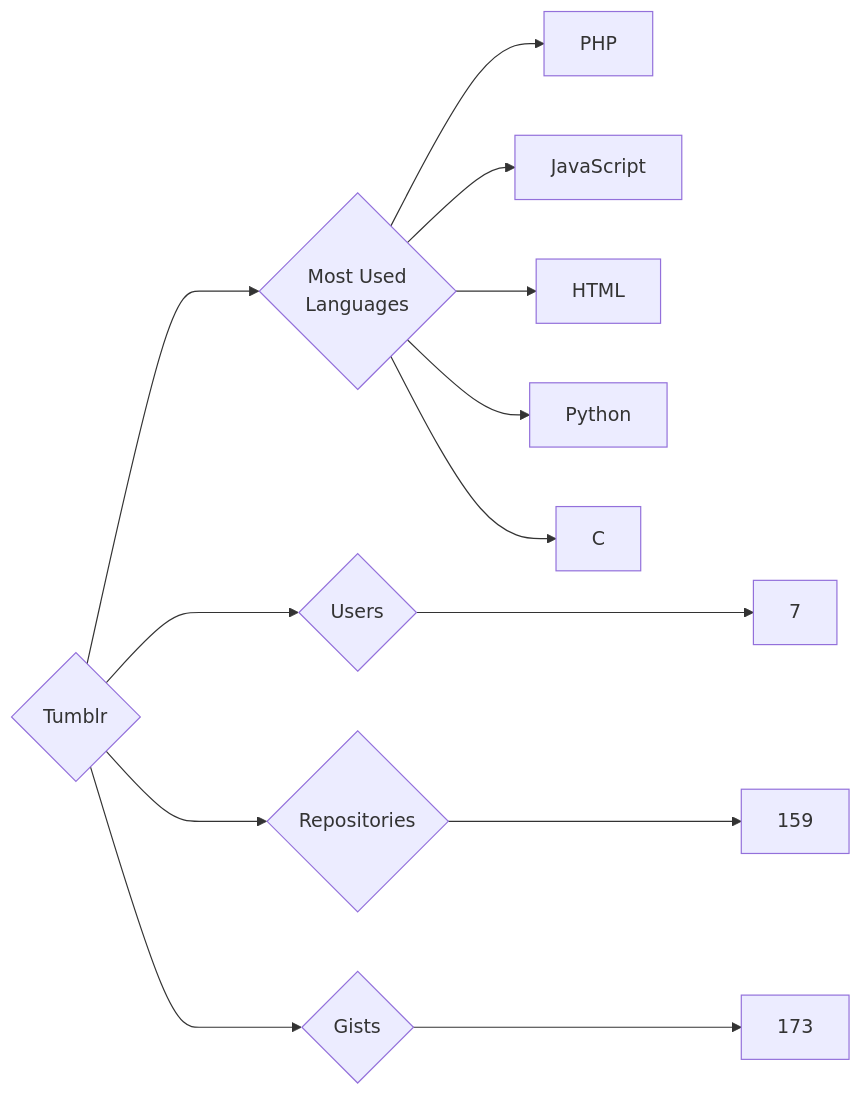
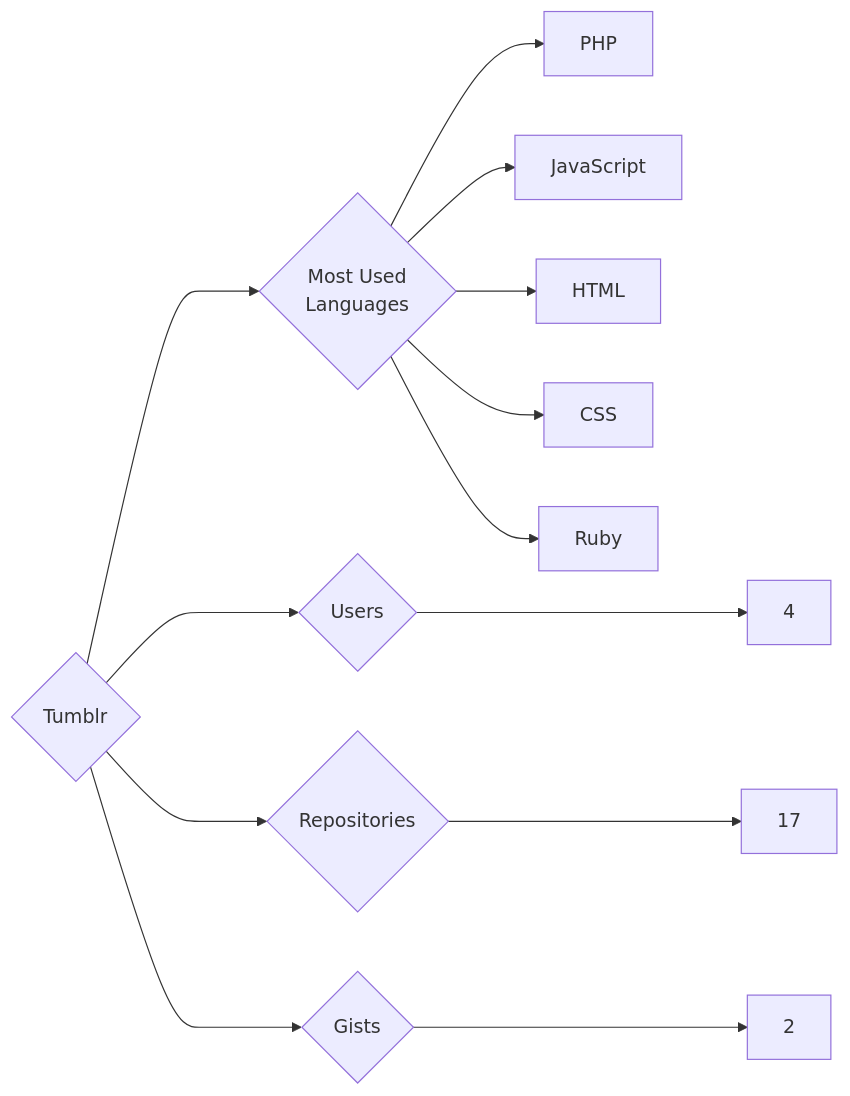
Before and after one commit to trickest/insiders: the diagram in targets/Tumblr/README.md, drawn with Mermaid. The commit also changed 695 other files, not shown here.

````diff
--- a/targets/Tumblr/README.md
+++ b/targets/Tumblr/README.md
@@ -3,13 +3,13 @@
 ```mermaid
 graph LR
 COMPANY_NAME{Tumblr}
-COMPANY_NAME ---> U{Users} ---> UN[7]
-COMPANY_NAME ---> R{Repositories} ---> RN[159]
-COMPANY_NAME ---> G{Gists} ---> GN[173]
+COMPANY_NAME ---> U{Users} ---> UN[4]
+COMPANY_NAME ---> R{Repositories} ---> RN[17]
+COMPANY_NAME ---> G{Gists} ---> GN[2]
 COMPANY_NAME ---> ML{Most Used<br>Languages}
 ML --> PHP[PHP]
 ML --> JavaScript[JavaScript]
 ML --> HTML[HTML]
-ML --> Python[Python]
-ML --> C[C]
+ML --> CSS[CSS]
+ML --> Ruby[Ruby]
 ```
````
